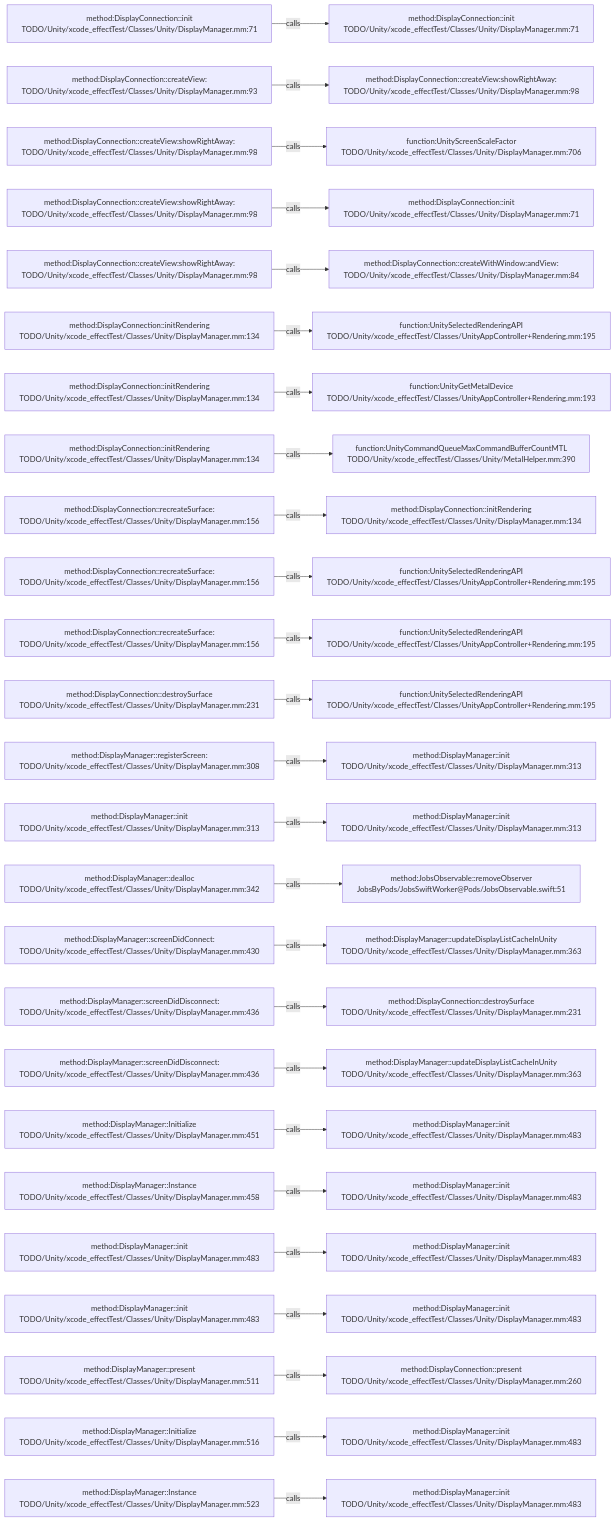
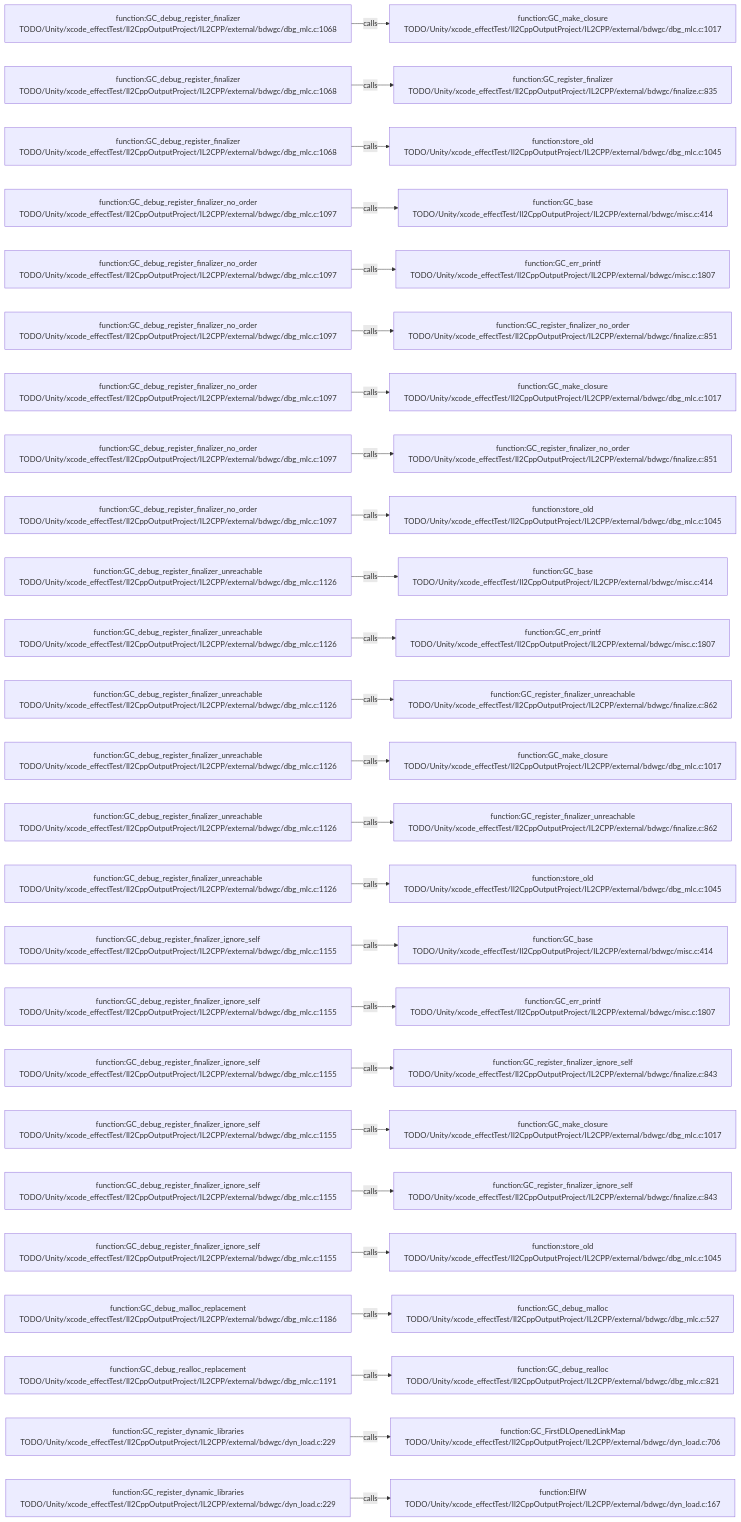
The diagram in .codegraph/codegraph.md/graphs/calls-103.md (JobsKits/JobsSwiftBaseConfigDemo), drawn with Mermaid before and after one commit. The commit also changed 227 other files, not shown here.

````diff
--- a/.codegraph/codegraph.md/graphs/calls-103.md
+++ b/.codegraph/codegraph.md/graphs/calls-103.md
@@ -13,78 +13,78 @@
 ```mermaid
 flowchart LR
-  S1["method:DisplayConnection::init<br/>TODO/Unity/xcode_effectTest/Classes/Unity/DisplayManager.mm:71"]
-  T1["method:DisplayConnection::init<br/>TODO/Unity/xcode_effectTest/Classes/Unity/DisplayManager.mm:71"]
+  S1["function:GC_debug_register_finalizer<br/>TODO/Unity/xcode_effectTest/Il2CppOutputProject/IL2CPP/external/bdwgc/dbg_mlc.c:1068"]
+  T1["function:GC_make_closure<br/>TODO/Unity/xcode_effectTest/Il2CppOutputProject/IL2CPP/external/bdwgc/dbg_mlc.c:1017"]
   S1 -->|calls| T1
-  S2["method:DisplayConnection::createView:<br/>TODO/Unity/xcode_effectTest/Classes/Unity/DisplayManager.mm:93"]
-  T2["method:DisplayConnection::createView:showRightAway:<br/>TODO/Unity/xcode_effectTest/Classes/Unity/DisplayManager.mm:98"]
+  S2["function:GC_debug_register_finalizer<br/>TODO/Unity/xcode_effectTest/Il2CppOutputProject/IL2CPP/external/bdwgc/dbg_mlc.c:1068"]
+  T2["function:GC_register_finalizer<br/>TODO/Unity/xcode_effectTest/Il2CppOutputProject/IL2CPP/external/bdwgc/finalize.c:835"]
   S2 -->|calls| T2
-  S3["method:DisplayConnection::createView:showRightAway:<br/>TODO/Unity/xcode_effectTest/Classes/Unity/DisplayManager.mm:98"]
-  T3["function:UnityScreenScaleFactor<br/>TODO/Unity/xcode_effectTest/Classes/Unity/DisplayManager.mm:706"]
+  S3["function:GC_debug_register_finalizer<br/>TODO/Unity/xcode_effectTest/Il2CppOutputProject/IL2CPP/external/bdwgc/dbg_mlc.c:1068"]
+  T3["function:store_old<br/>TODO/Unity/xcode_effectTest/Il2CppOutputProject/IL2CPP/external/bdwgc/dbg_mlc.c:1045"]
   S3 -->|calls| T3
-  S4["method:DisplayConnection::createView:showRightAway:<br/>TODO/Unity/xcode_effectTest/Classes/Unity/DisplayManager.mm:98"]
-  T4["method:DisplayConnection::init<br/>TODO/Unity/xcode_effectTest/Classes/Unity/DisplayManager.mm:71"]
+  S4["function:GC_debug_register_finalizer_no_order<br/>TODO/Unity/xcode_effectTest/Il2CppOutputProject/IL2CPP/external/bdwgc/dbg_mlc.c:1097"]
+  T4["function:GC_base<br/>TODO/Unity/xcode_effectTest/Il2CppOutputProject/IL2CPP/external/bdwgc/misc.c:414"]
   S4 -->|calls| T4
-  S5["method:DisplayConnection::createView:showRightAway:<br/>TODO/Unity/xcode_effectTest/Classes/Unity/DisplayManager.mm:98"]
-  T5["method:DisplayConnection::createWithWindow:andView:<br/>TODO/Unity/xcode_effectTest/Classes/Unity/DisplayManager.mm:84"]
+  S5["function:GC_debug_register_finalizer_no_order<br/>TODO/Unity/xcode_effectTest/Il2CppOutputProject/IL2CPP/external/bdwgc/dbg_mlc.c:1097"]
+  T5["function:GC_err_printf<br/>TODO/Unity/xcode_effectTest/Il2CppOutputProject/IL2CPP/external/bdwgc/misc.c:1807"]
   S5 -->|calls| T5
-  S6["method:DisplayConnection::initRendering<br/>TODO/Unity/xcode_effectTest/Classes/Unity/DisplayManager.mm:134"]
-  T6["function:UnitySelectedRenderingAPI<br/>TODO/Unity/xcode_effectTest/Classes/UnityAppController+Rendering.mm:195"]
+  S6["function:GC_debug_register_finalizer_no_order<br/>TODO/Unity/xcode_effectTest/Il2CppOutputProject/IL2CPP/external/bdwgc/dbg_mlc.c:1097"]
+  T6["function:GC_register_finalizer_no_order<br/>TODO/Unity/xcode_effectTest/Il2CppOutputProject/IL2CPP/external/bdwgc/finalize.c:851"]
   S6 -->|calls| T6
-  S7["method:DisplayConnection::initRendering<br/>TODO/Unity/xcode_effectTest/Classes/Unity/DisplayManager.mm:134"]
-  T7["function:UnityGetMetalDevice<br/>TODO/Unity/xcode_effectTest/Classes/UnityAppController+Rendering.mm:193"]
+  S7["function:GC_debug_register_finalizer_no_order<br/>TODO/Unity/xcode_effectTest/Il2CppOutputProject/IL2CPP/external/bdwgc/dbg_mlc.c:1097"]
+  T7["function:GC_make_closure<br/>TODO/Unity/xcode_effectTest/Il2CppOutputProject/IL2CPP/external/bdwgc/dbg_mlc.c:1017"]
   S7 -->|calls| T7
-  S8["method:DisplayConnection::initRendering<br/>TODO/Unity/xcode_effectTest/Classes/Unity/DisplayManager.mm:134"]
-  T8["function:UnityCommandQueueMaxCommandBufferCountMTL<br/>TODO/Unity/xcode_effectTest/Classes/Unity/MetalHelper.mm:390"]
+  S8["function:GC_debug_register_finalizer_no_order<br/>TODO/Unity/xcode_effectTest/Il2CppOutputProject/IL2CPP/external/bdwgc/dbg_mlc.c:1097"]
+  T8["function:GC_register_finalizer_no_order<br/>TODO/Unity/xcode_effectTest/Il2CppOutputProject/IL2CPP/external/bdwgc/finalize.c:851"]
   S8 -->|calls| T8
-  S9["method:DisplayConnection::recreateSurface:<br/>TODO/Unity/xcode_effectTest/Classes/Unity/DisplayManager.mm:156"]
-  T9["method:DisplayConnection::initRendering<br/>TODO/Unity/xcode_effectTest/Classes/Unity/DisplayManager.mm:134"]
+  S9["function:GC_debug_register_finalizer_no_order<br/>TODO/Unity/xcode_effectTest/Il2CppOutputProject/IL2CPP/external/bdwgc/dbg_mlc.c:1097"]
+  T9["function:store_old<br/>TODO/Unity/xcode_effectTest/Il2CppOutputProject/IL2CPP/external/bdwgc/dbg_mlc.c:1045"]
   S9 -->|calls| T9
-  S10["method:DisplayConnection::recreateSurface:<br/>TODO/Unity/xcode_effectTest/Classes/Unity/DisplayManager.mm:156"]
-  T10["function:UnitySelectedRenderingAPI<br/>TODO/Unity/xcode_effectTest/Classes/UnityAppController+Rendering.mm:195"]
+  S10["function:GC_debug_register_finalizer_unreachable<br/>TODO/Unity/xcode_effectTest/Il2CppOutputProject/IL2CPP/external/bdwgc/dbg_mlc.c:1126"]
+  T10["function:GC_base<br/>TODO/Unity/xcode_effectTest/Il2CppOutputProject/IL2CPP/external/bdwgc/misc.c:414"]
   S10 -->|calls| T10
-  S11["method:DisplayConnection::recreateSurface:<br/>TODO/Unity/xcode_effectTest/Classes/Unity/DisplayManager.mm:156"]
-  T11["function:UnitySelectedRenderingAPI<br/>TODO/Unity/xcode_effectTest/Classes/UnityAppController+Rendering.mm:195"]
+  S11["function:GC_debug_register_finalizer_unreachable<br/>TODO/Unity/xcode_effectTest/Il2CppOutputProject/IL2CPP/external/bdwgc/dbg_mlc.c:1126"]
+  T11["function:GC_err_printf<br/>TODO/Unity/xcode_effectTest/Il2CppOutputProject/IL2CPP/external/bdwgc/misc.c:1807"]
   S11 -->|calls| T11
-  S12["method:DisplayConnection::destroySurface<br/>TODO/Unity/xcode_effectTest/Classes/Unity/DisplayManager.mm:231"]
-  T12["function:UnitySelectedRenderingAPI<br/>TODO/Unity/xcode_effectTest/Classes/UnityAppController+Rendering.mm:195"]
+  S12["function:GC_debug_register_finalizer_unreachable<br/>TODO/Unity/xcode_effectTest/Il2CppOutputProject/IL2CPP/external/bdwgc/dbg_mlc.c:1126"]
+  T12["function:GC_register_finalizer_unreachable<br/>TODO/Unity/xcode_effectTest/Il2CppOutputProject/IL2CPP/external/bdwgc/finalize.c:862"]
   S12 -->|calls| T12
-  S13["method:DisplayManager::registerScreen:<br/>TODO/Unity/xcode_effectTest/Classes/Unity/DisplayManager.mm:308"]
-  T13["method:DisplayManager::init<br/>TODO/Unity/xcode_effectTest/Classes/Unity/DisplayManager.mm:313"]
+  S13["function:GC_debug_register_finalizer_unreachable<br/>TODO/Unity/xcode_effectTest/Il2CppOutputProject/IL2CPP/external/bdwgc/dbg_mlc.c:1126"]
+  T13["function:GC_make_closure<br/>TODO/Unity/xcode_effectTest/Il2CppOutputProject/IL2CPP/external/bdwgc/dbg_mlc.c:1017"]
   S13 -->|calls| T13
-  S14["method:DisplayManager::init<br/>TODO/Unity/xcode_effectTest/Classes/Unity/DisplayManager.mm:313"]
-  T14["method:DisplayManager::init<br/>TODO/Unity/xcode_effectTest/Classes/Unity/DisplayManager.mm:313"]
+  S14["function:GC_debug_register_finalizer_unreachable<br/>TODO/Unity/xcode_effectTest/Il2CppOutputProject/IL2CPP/external/bdwgc/dbg_mlc.c:1126"]
+  T14["function:GC_register_finalizer_unreachable<br/>TODO/Unity/xcode_effectTest/Il2CppOutputProject/IL2CPP/external/bdwgc/finalize.c:862"]
   S14 -->|calls| T14
-  S15["method:DisplayManager::dealloc<br/>TODO/Unity/xcode_effectTest/Classes/Unity/DisplayManager.mm:342"]
-  T15["method:JobsObservable::removeObserver<br/>JobsByPods/JobsSwiftWorker@Pods/JobsObservable.swift:51"]
+  S15["function:GC_debug_register_finalizer_unreachable<br/>TODO/Unity/xcode_effectTest/Il2CppOutputProject/IL2CPP/external/bdwgc/dbg_mlc.c:1126"]
+  T15["function:store_old<br/>TODO/Unity/xcode_effectTest/Il2CppOutputProject/IL2CPP/external/bdwgc/dbg_mlc.c:1045"]
   S15 -->|calls| T15
-  S16["method:DisplayManager::screenDidConnect:<br/>TODO/Unity/xcode_effectTest/Classes/Unity/DisplayManager.mm:430"]
-  T16["method:DisplayManager::updateDisplayListCacheInUnity<br/>TODO/Unity/xcode_effectTest/Classes/Unity/DisplayManager.mm:363"]
+  S16["function:GC_debug_register_finalizer_ignore_self<br/>TODO/Unity/xcode_effectTest/Il2CppOutputProject/IL2CPP/external/bdwgc/dbg_mlc.c:1155"]
+  T16["function:GC_base<br/>TODO/Unity/xcode_effectTest/Il2CppOutputProject/IL2CPP/external/bdwgc/misc.c:414"]
   S16 -->|calls| T16
-  S17["method:DisplayManager::screenDidDisconnect:<br/>TODO/Unity/xcode_effectTest/Classes/Unity/DisplayManager.mm:436"]
-  T17["method:DisplayConnection::destroySurface<br/>TODO/Unity/xcode_effectTest/Classes/Unity/DisplayManager.mm:231"]
+  S17["function:GC_debug_register_finalizer_ignore_self<br/>TODO/Unity/xcode_effectTest/Il2CppOutputProject/IL2CPP/external/bdwgc/dbg_mlc.c:1155"]
+  T17["function:GC_err_printf<br/>TODO/Unity/xcode_effectTest/Il2CppOutputProject/IL2CPP/external/bdwgc/misc.c:1807"]
   S17 -->|calls| T17
-  S18["method:DisplayManager::screenDidDisconnect:<br/>TODO/Unity/xcode_effectTest/Classes/Unity/DisplayManager.mm:436"]
-  T18["method:DisplayManager::updateDisplayListCacheInUnity<br/>TODO/Unity/xcode_effectTest/Classes/Unity/DisplayManager.mm:363"]
+  S18["function:GC_debug_register_finalizer_ignore_self<br/>TODO/Unity/xcode_effectTest/Il2CppOutputProject/IL2CPP/external/bdwgc/dbg_mlc.c:1155"]
+  T18["function:GC_register_finalizer_ignore_self<br/>TODO/Unity/xcode_effectTest/Il2CppOutputProject/IL2CPP/external/bdwgc/finalize.c:843"]
   S18 -->|calls| T18
-  S19["method:DisplayManager::Initialize<br/>TODO/Unity/xcode_effectTest/Classes/Unity/DisplayManager.mm:451"]
-  T19["method:DisplayManager::init<br/>TODO/Unity/xcode_effectTest/Classes/Unity/DisplayManager.mm:483"]
+  S19["function:GC_debug_register_finalizer_ignore_self<br/>TODO/Unity/xcode_effectTest/Il2CppOutputProject/IL2CPP/external/bdwgc/dbg_mlc.c:1155"]
+  T19["function:GC_make_closure<br/>TODO/Unity/xcode_effectTest/Il2CppOutputProject/IL2CPP/external/bdwgc/dbg_mlc.c:1017"]
   S19 -->|calls| T19
-  S20["method:DisplayManager::Instance<br/>TODO/Unity/xcode_effectTest/Classes/Unity/DisplayManager.mm:458"]
-  T20["method:DisplayManager::init<br/>TODO/Unity/xcode_effectTest/Classes/Unity/DisplayManager.mm:483"]
+  S20["function:GC_debug_register_finalizer_ignore_self<br/>TODO/Unity/xcode_effectTest/Il2CppOutputProject/IL2CPP/external/bdwgc/dbg_mlc.c:1155"]
+  T20["function:GC_register_finalizer_ignore_self<br/>TODO/Unity/xcode_effectTest/Il2CppOutputProject/IL2CPP/external/bdwgc/finalize.c:843"]
   S20 -->|calls| T20
-  S21["method:DisplayManager::init<br/>TODO/Unity/xcode_effectTest/Classes/Unity/DisplayManager.mm:483"]
-  T21["method:DisplayManager::init<br/>TODO/Unity/xcode_effectTest/Classes/Unity/DisplayManager.mm:483"]
+  S21["function:GC_debug_register_finalizer_ignore_self<br/>TODO/Unity/xcode_effectTest/Il2CppOutputProject/IL2CPP/external/bdwgc/dbg_mlc.c:1155"]
+  T21["function:store_old<br/>TODO/Unity/xcode_effectTest/Il2CppOutputProject/IL2CPP/external/bdwgc/dbg_mlc.c:1045"]
   S21 -->|calls| T21
-  S22["method:DisplayManager::init<br/>TODO/Unity/xcode_effectTest/Classes/Unity/DisplayManager.mm:483"]
-  T22["method:DisplayManager::init<br/>TODO/Unity/xcode_effectTest/Classes/Unity/DisplayManager.mm:483"]
+  S22["function:GC_debug_malloc_replacement<br/>TODO/Unity/xcode_effectTest/Il2CppOutputProject/IL2CPP/external/bdwgc/dbg_mlc.c:1186"]
+  T22["function:GC_debug_malloc<br/>TODO/Unity/xcode_effectTest/Il2CppOutputProject/IL2CPP/external/bdwgc/dbg_mlc.c:527"]
   S22 -->|calls| T22
-  S23["method:DisplayManager::present<br/>TODO/Unity/xcode_effectTest/Classes/Unity/DisplayManager.mm:511"]
-  T23["method:DisplayConnection::present<br/>TODO/Unity/xcode_effectTest/Classes/Unity/DisplayManager.mm:260"]
+  S23["function:GC_debug_realloc_replacement<br/>TODO/Unity/xcode_effectTest/Il2CppOutputProject/IL2CPP/external/bdwgc/dbg_mlc.c:1191"]
+  T23["function:GC_debug_realloc<br/>TODO/Unity/xcode_effectTest/Il2CppOutputProject/IL2CPP/external/bdwgc/dbg_mlc.c:821"]
   S23 -->|calls| T23
-  S24["method:DisplayManager::Initialize<br/>TODO/Unity/xcode_effectTest/Classes/Unity/DisplayManager.mm:516"]
-  T24["method:DisplayManager::init<br/>TODO/Unity/xcode_effectTest/Classes/Unity/DisplayManager.mm:483"]
+  S24["function:GC_register_dynamic_libraries<br/>TODO/Unity/xcode_effectTest/Il2CppOutputProject/IL2CPP/external/bdwgc/dyn_load.c:229"]
+  T24["function:GC_FirstDLOpenedLinkMap<br/>TODO/Unity/xcode_effectTest/Il2CppOutputProject/IL2CPP/external/bdwgc/dyn_load.c:706"]
   S24 -->|calls| T24
-  S25["method:DisplayManager::Instance<br/>TODO/Unity/xcode_effectTest/Classes/Unity/DisplayManager.mm:523"]
-  T25["method:DisplayManager::init<br/>TODO/Unity/xcode_effectTest/Classes/Unity/DisplayManager.mm:483"]
+  S25["function:GC_register_dynamic_libraries<br/>TODO/Unity/xcode_effectTest/Il2CppOutputProject/IL2CPP/external/bdwgc/dyn_load.c:229"]
+  T25["function:ElfW<br/>TODO/Unity/xcode_effectTest/Il2CppOutputProject/IL2CPP/external/bdwgc/dyn_load.c:167"]
   S25 -->|calls| T25
 ```
````
